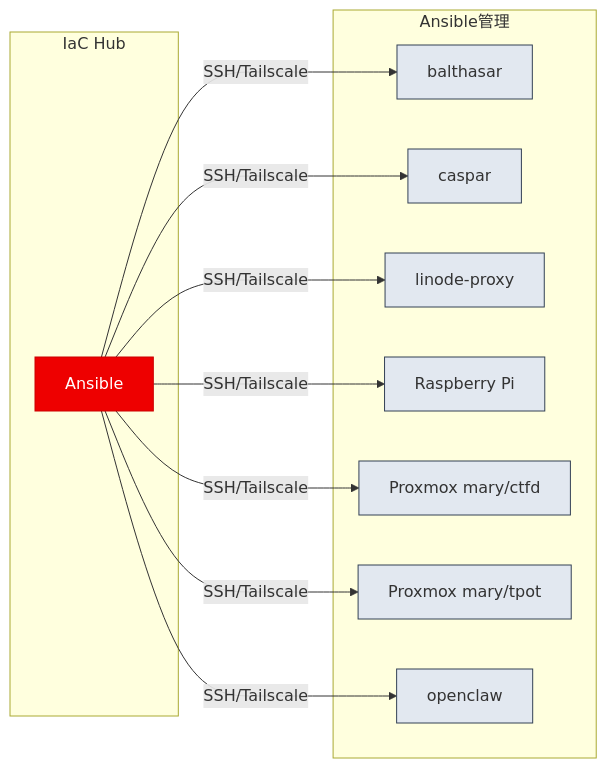
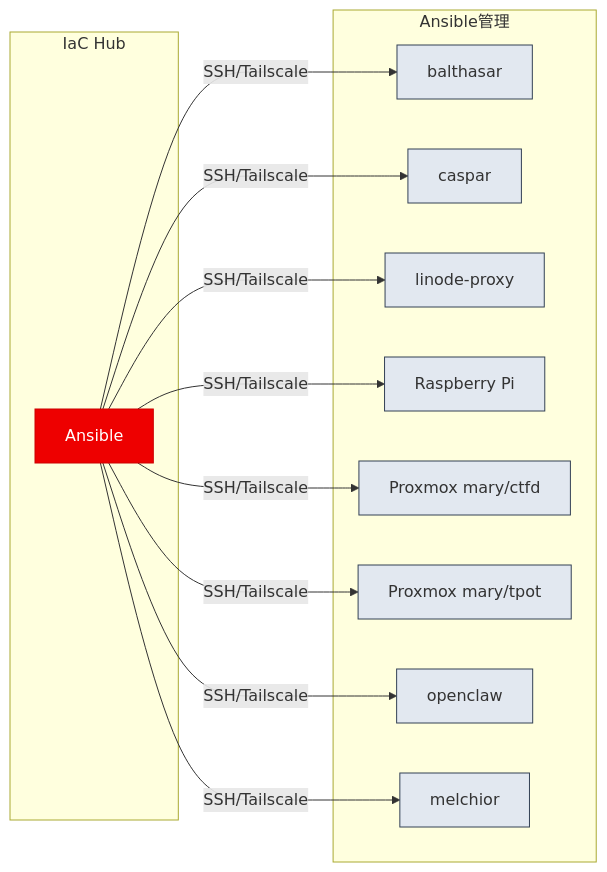
The diagram in README.md (yamisskey-dev/yamisskey-provision), drawn with Mermaid before and after one commit. The commit also changed other lines of this file and 17 other files, not shown here.

````diff
--- a/README.md
+++ b/README.md
@@ -26,21 +27,22 @@
 ```mermaid
 graph LR
     classDef ansible fill:#ee0000,stroke:#cc0000,color:#fff
     classDef target fill:#e2e8f0,stroke:#334155
 
     subgraph iac[IaC Hub]
         ansible[Ansible]:::ansible
     end
 
     subgraph ansible_targets[Ansible管理]
         balthasar:::target
         caspar:::target
         linode_prox[linode-proxy]:::target
         rpi[Raspberry Pi]:::target
         ctfd[Proxmox mary/ctfd]:::target
         tpot[Proxmox mary/tpot]:::target
         openclaw:::target
+        melchior:::target
     end
 
-    ansible -->|SSH/Tailscale| balthasar & caspar & linode_prox & rpi & ctfd & tpot & openclaw
+    ansible -->|SSH/Tailscale| balthasar & caspar & linode_prox & rpi & ctfd & tpot & openclaw & melchior
 ```
````
